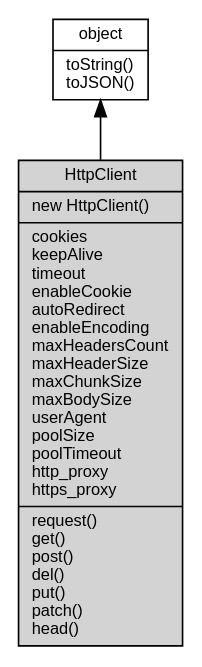
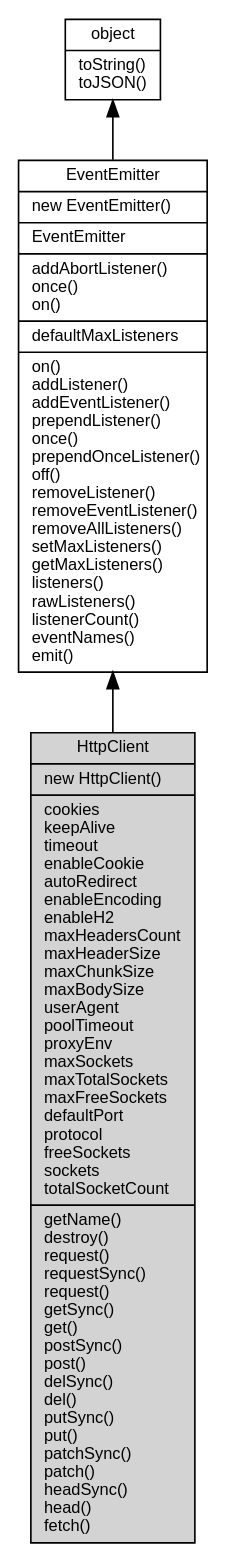
One commit to fibjs/fibjs.org changed the diagram in docs/manual/object/ifs/HttpClient.md. Above: the diagram before and after it, drawn with Graphviz. The commit also changed other lines of this file and 148 other files, not shown here.

First line of the commit message:
feat: add ZlibCodec documentation and update object graph

````diff
--- a/docs/manual/object/ifs/HttpClient.md
+++ b/docs/manual/object/ifs/HttpClient.md
@@ -45,10 +45,12 @@
 ```dot
 digraph {
     node [fontname="Helvetica,sans-Serif", fontsize=10, shape="record", style="filled", fillcolor="white"];
 
     object [tooltip="object", URL="object.md", label="{object|toString()\ltoJSON()\l}"];
-    HttpClient [tooltip="HttpClient", fillcolor="lightgray", id="me", label="{HttpClient|new HttpClient()\l|cookies\lkeepAlive\ltimeout\lenableCookie\lautoRedirect\lenableEncoding\lmaxHeadersCount\lmaxHeaderSize\lmaxChunkSize\lmaxBodySize\luserAgent\lpoolSize\lpoolTimeout\lhttp_proxy\lhttps_proxy\l|request()\lget()\lpost()\ldel()\lput()\lpatch()\lhead()\l}"];
+    EventEmitter [tooltip="EventEmitter", URL="EventEmitter.md", label="{EventEmitter|new EventEmitter()\l|EventEmitter\l|addAbortListener()\lonce()\lon()\l|defaultMaxListeners\l|on()\laddListener()\laddEventListener()\lprependListener()\lonce()\lprependOnceListener()\loff()\lremoveListener()\lremoveEventListener()\lremoveAllListeners()\lsetMaxListeners()\lgetMaxListeners()\llisteners()\lrawListeners()\llistenerCount()\leventNames()\lemit()\l}"];
+    HttpClient [tooltip="HttpClient", fillcolor="lightgray", id="me", label="{HttpClient|new HttpClient()\l|cookies\lkeepAlive\ltimeout\lenableCookie\lautoRedirect\lenableEncoding\lenableH2\lmaxHeadersCount\lmaxHeaderSize\lmaxChunkSize\lmaxBodySize\luserAgent\lpoolTimeout\lproxyEnv\lmaxSockets\lmaxTotalSockets\lmaxFreeSockets\ldefaultPort\lprotocol\lfreeSockets\lsockets\ltotalSocketCount\l|getName()\ldestroy()\lrequest()\lrequestSync()\lrequest()\lgetSync()\lget()\lpostSync()\lpost()\ldelSync()\ldel()\lputSync()\lput()\lpatchSync()\lpatch()\lheadSync()\lhead()\lfetch()\l}"];
 
-    object -> HttpClient [dir=back];
+    object -> EventEmitter [dir=back];
+    EventEmitter -> HttpClient [dir=back];
 }
 ```
````
